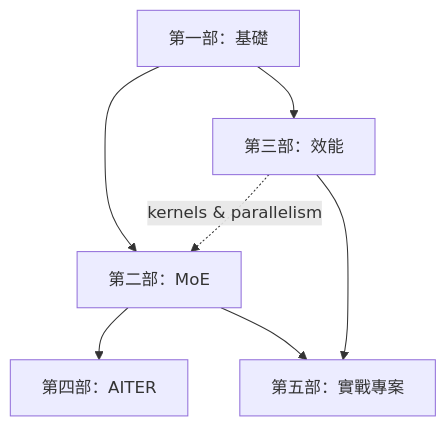
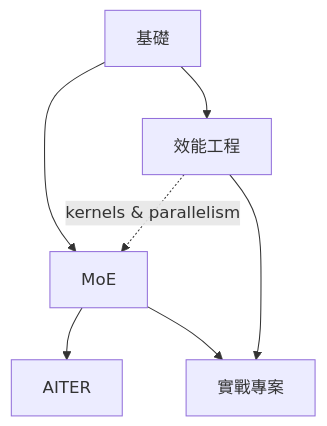
The diagram in docs/reading-path.md (youyun8/deep-kernel-handbook), drawn with Mermaid before and after one commit. The commit also changed other lines of this file and 36 other files, not shown here.

````diff
--- a/docs/reading-path.md
+++ b/docs/reading-path.md
@@ -6,10 +6,10 @@
 ```mermaid
 flowchart TD
-    A[第一部：基礎] --> B[第二部：MoE]
-    A --> C[第三部：效能]
+    A[基礎] --> B[MoE]
+    A --> C[效能工程]
     C -.kernels & parallelism.-> B
-    B --> E[第四部：AITER]
-    B --> D[第五部：實戰專案]
+    B --> E[AITER]
+    B --> D[實戰專案]
     C --> D
     class B flagship;
 ```
````
